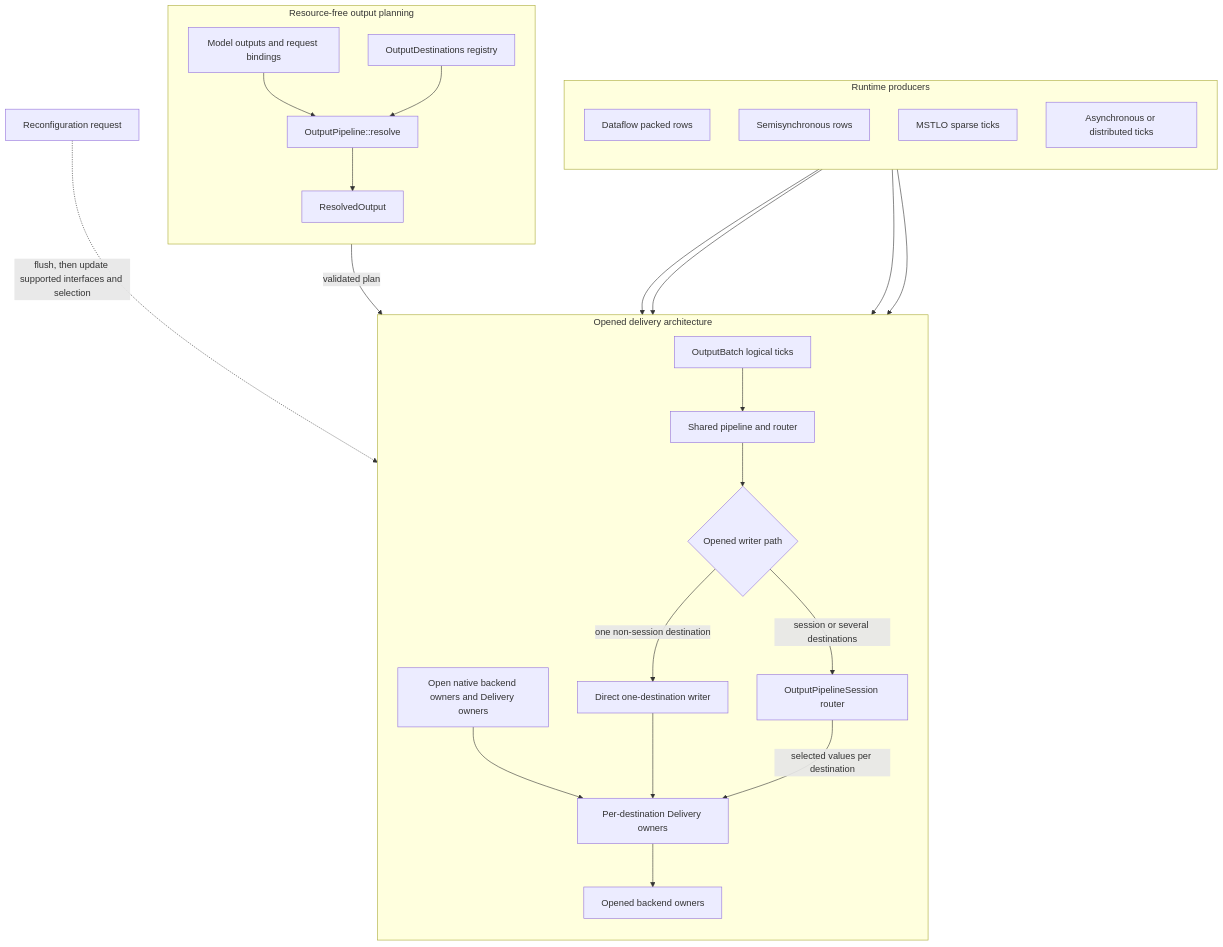
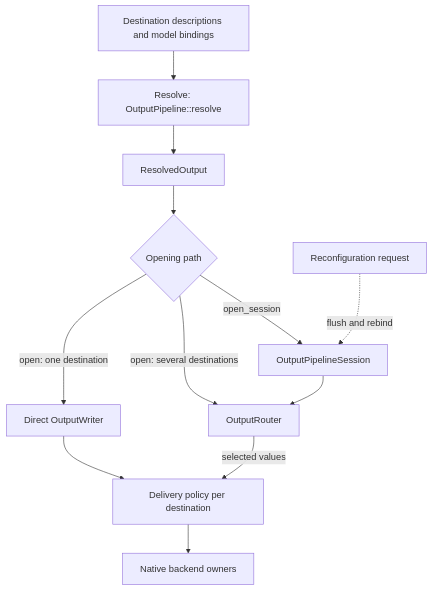
Before and after one commit to INTO-CPS-Association/robosapiens-trustworthiness-checker: the first of 5 diagrams in docs/src/output.md, drawn with Mermaid. The commit also changed other lines of this file and 17 other files, not shown here.

````diff
--- a/docs/src/output.md
+++ b/docs/src/output.md
@@ -18,49 +20,17 @@
 ```mermaid
 flowchart TB
-    accTitle: Output architecture from runtime rows to external destination owners
-    accDescr: Runtime families preserve their native logical tick shapes in OutputBatch. Resource-free OutputPipeline resolution combines model outputs with a stable destination registry to produce ResolvedOutput. Opening creates native backend owners and wraps each one in its configured Delivery owner. Runtime batches then pass through either a direct one-destination writer or a session and multi-destination router. Reconfiguration can update supported interfaces and selected variables on fixed session owners.
+    accTitle: Output binding, opening, and delivery
+    accDescr: OutputPipeline resolves destination descriptions and model bindings into a resource-free ResolvedOutput. Opening either creates a direct writer for one destination or uses a router for several destinations. Opening a session always retains a router. Runtime batches reach destination delivery owners, which apply their configured policy before the native backend. Session reconfiguration updates the retained owners after flushing.
 
-    subgraph producers["Runtime producers"]
-        direction TB
-        dataflow["Dataflow packed rows"]
-        semisync["Semisynchronous rows"]
-        mstlo["MSTLO sparse ticks"]
-        async["Asynchronous or distributed ticks"]
-    end
-
-    subgraph planning["Resource-free output planning"]
-        direction TB
-        model["Model outputs and request bindings"]
-        registry["OutputDestinations registry"]
-        resolve["OutputPipeline::resolve"]
-        plan["ResolvedOutput"]
-        model --> resolve
-        registry --> resolve --> plan
-    end
-
-    subgraph delivery["Opened delivery architecture"]
-        direction TB
-        open["Open native backend owners and Delivery owners"]
-        batch["OutputBatch logical ticks"]
-        shared["Shared pipeline and router"]
-        path{"Opened writer path"}
-        direct["Direct one-destination writer"]
-        router["OutputPipelineSession router"]
-        local["Per-destination Delivery owners"]
-        owners["Opened backend owners"]
-        open --> local
-        batch --> shared --> path
-        path -->|"one non-session destination"| direct
-        path -->|"session or several destinations"| router
-        direct --> local
-        router -->|"selected values per destination"| local
-        local --> owners
-    end
-
-    dataflow --> batch
-    semisync --> batch
-    mstlo --> batch
-    async --> batch
-    plan -->|"validated plan"| open
-    control["Reconfiguration request"] -. "flush, then update supported interfaces and selection" .-> router
+    registry["Destination descriptions and model bindings"] --> resolve["Resolve: OutputPipeline::resolve"]
+    resolve --> plan["ResolvedOutput"]
+    plan --> opening{"Opening path"}
+    opening -->|"open: one destination"| direct["Direct OutputWriter"]
+    opening -->|"open: several destinations"| router["OutputRouter"]
+    opening -->|"open_session"| session["OutputPipelineSession"]
+    session --> router
+    direct --> delivery["Delivery policy per destination"]
+    router -->|"selected values"| delivery
+    delivery --> backend["Native backend owners"]
+    control["Reconfiguration request"] -.->|"flush and rebind"| session
 ```
````
